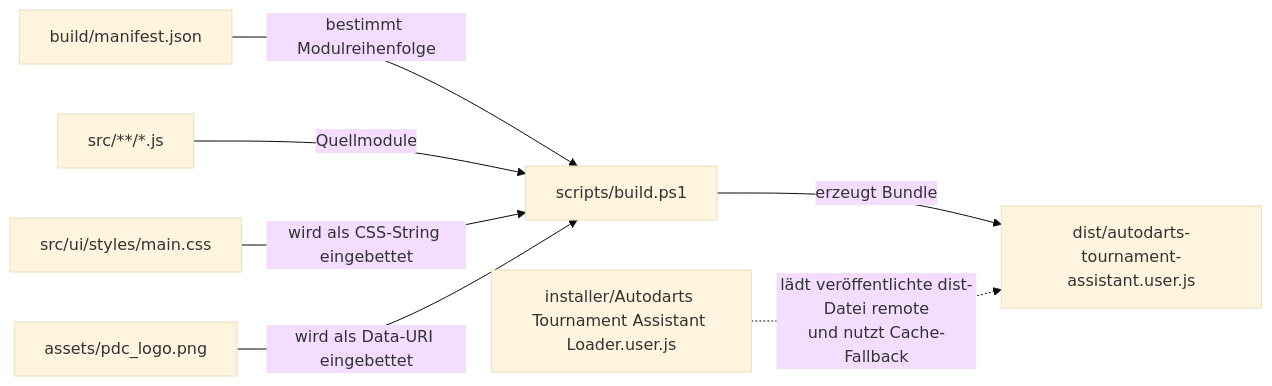
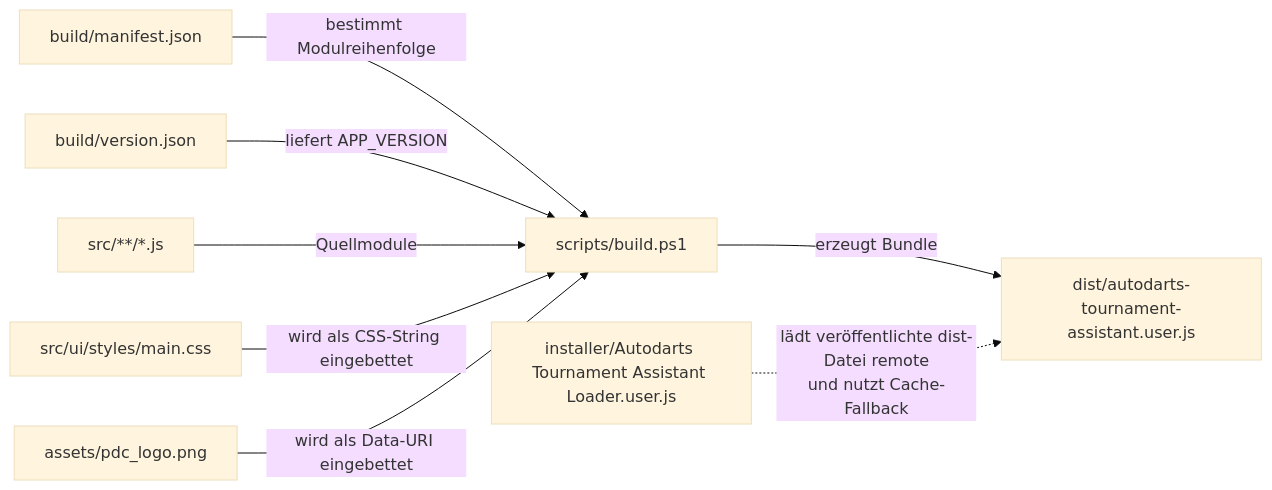
Before and after one commit to thomasasen/autodarts_local_tournament: the first of 2 diagrams in docs/codebase-map.md, drawn with Mermaid (base theme). The commit also changed other lines of this file and 47 other files, not shown here.

````diff
--- a/docs/codebase-map.md
+++ b/docs/codebase-map.md
@@ -127,17 +156,19 @@
 ```mermaid
 flowchart LR
   manifest["build/manifest.json"]
+  version["build/version.json"]
   src["src/**/*.js"]
   css["src/ui/styles/main.css"]
   logo["assets/pdc_logo.png"]
   build["scripts/build.ps1"]
   dist["dist/autodarts-tournament-assistant.user.js"]
   loader["installer/Autodarts Tournament Assistant Loader.user.js"]
 
   manifest -->|bestimmt Modulreihenfolge| build
+  version -->|liefert APP_VERSION| build
   src -->|Quellmodule| build
   css -->|wird als CSS-String eingebettet| build
   logo -->|wird als Data-URI eingebettet| build
   build -->|erzeugt Bundle| dist
   loader -.->|lädt veröffentlichte dist-Datei remote<br/>und nutzt Cache-Fallback| dist
 ```
````
